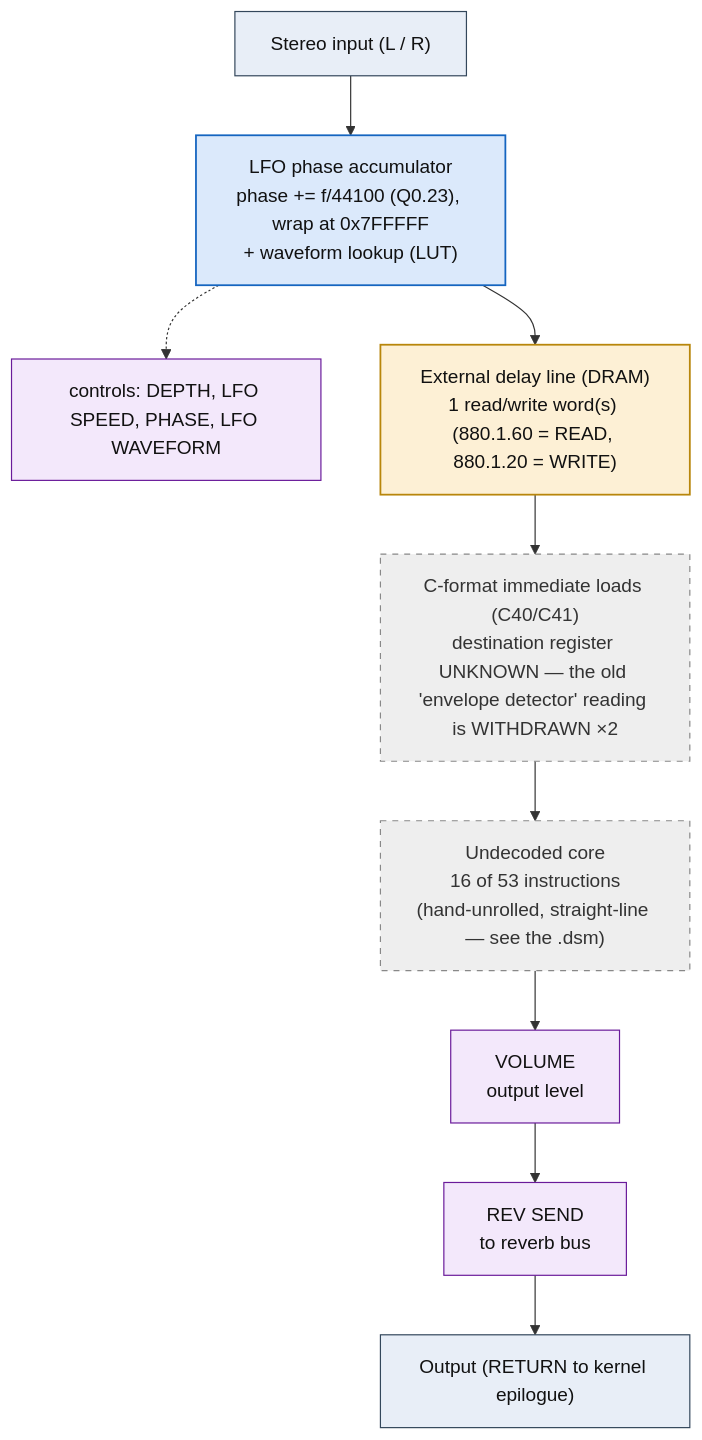
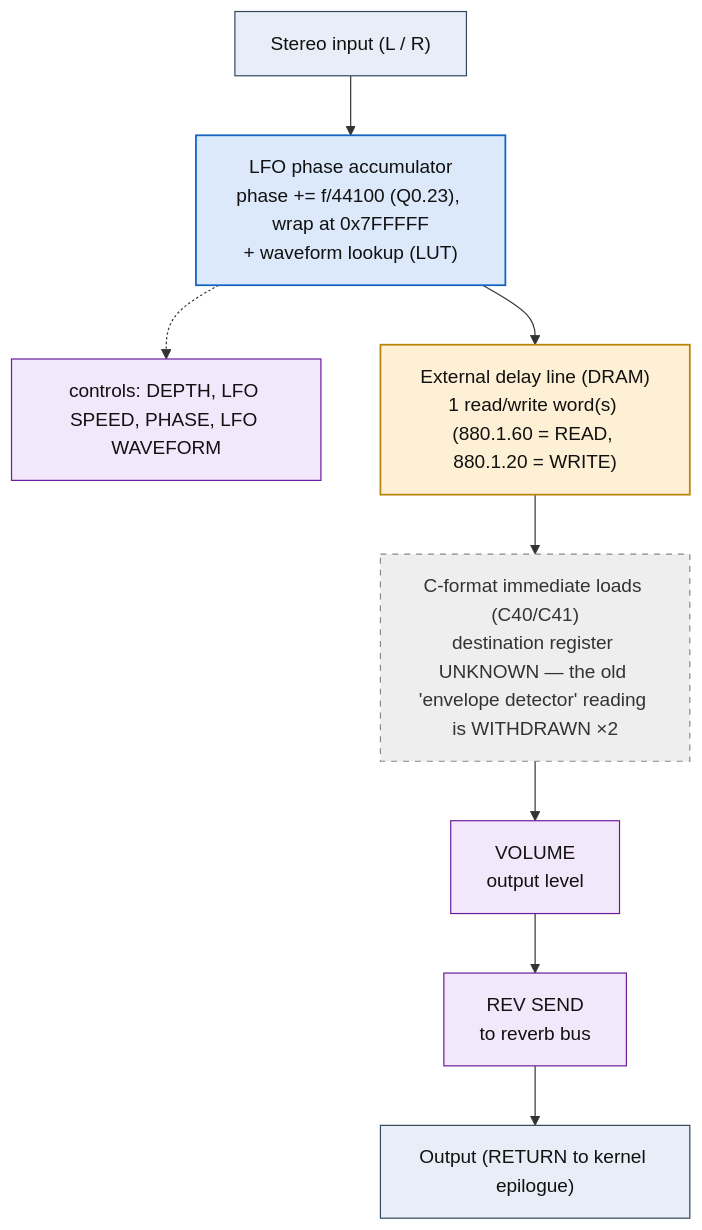
Before and after one commit to ArqueologiaDigital/kn5000-roms-disasm: the diagram in dsp/flowcharts/prog50_vibrato.md, drawn with Mermaid. The commit also changed other lines of this file and 39 other files, not shown here.

First line of the commit message:
dsp: annotate all flowcharts with the classic effect topology each shape matches

````diff
--- a/dsp/flowcharts/prog50_vibrato.md
+++ b/dsp/flowcharts/prog50_vibrato.md
@@ -12,32 +12,30 @@
 ```mermaid
 flowchart TD
     N0["Stereo input (L / R)"]
     N1["LFO phase accumulator<br/>phase += f/44100 (Q0.23), wrap at 0x7FFFFF<br/>+ waveform lookup (LUT)"]
     N0 --> N1
     N2["controls: DEPTH, LFO SPEED, PHASE, LFO WAVEFORM"]
     N1 -.-> N2
     N3["External delay line (DRAM)<br/>1 read/write word(s) (880.1.60 = READ, 880.1.20 = WRITE)"]
     N1 --> N3
     N4["C-format immediate loads (C40/C41)<br/>destination register UNKNOWN &mdash; the old 'envelope detector' reading is WITHDRAWN &times;2"]
     N3 --> N4
-    N5["Undecoded core<br/>16 of 53 instructions<br/>(hand-unrolled, straight-line &mdash; see the .dsm)"]
+    N5["VOLUME<br/>output level"]
     N4 --> N5
-    N6["VOLUME<br/>output level"]
+    N6["REV SEND<br/>to reverb bus"]
     N5 --> N6
-    N7["REV SEND<br/>to reverb bus"]
+    N7["Output (RETURN to kernel epilogue)"]
     N6 --> N7
-    N8["Output (RETURN to kernel epilogue)"]
-    N7 --> N8
 
     classDef io fill:#e8eef7,stroke:#33475b,stroke-width:1px,color:#111;
     classDef proven fill:#d7f0d7,stroke:#2e7d32,stroke-width:2px,color:#111;
     classDef measured fill:#dbe9fb,stroke:#1565c0,stroke-width:1.5px,color:#111;
     classDef inferred fill:#fdf0d5,stroke:#b8860b,stroke-width:1.5px,color:#111;
     classDef open fill:#eeeeee,stroke:#888,stroke-width:1px,color:#333,stroke-dasharray:5 5;
     classDef ctrl fill:#f3e8fb,stroke:#6a1b9a,stroke-width:1px,color:#111;
-    class N0,N8 io;
+    class N0,N7 io;
     class N1 measured;
-    class N2,N6,N7 ctrl;
+    class N2,N5,N6 ctrl;
     class N3 inferred;
-    class N4,N5 open;
+    class N4 open;
 ```
````
